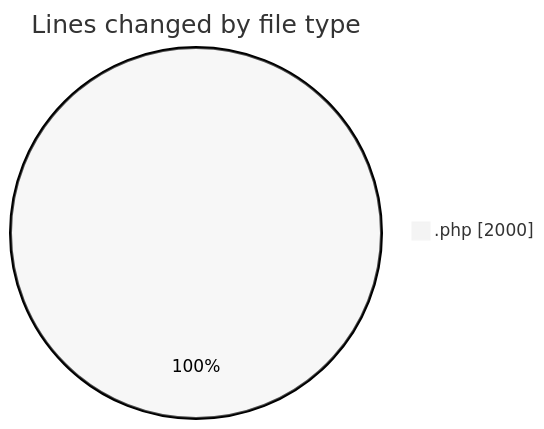
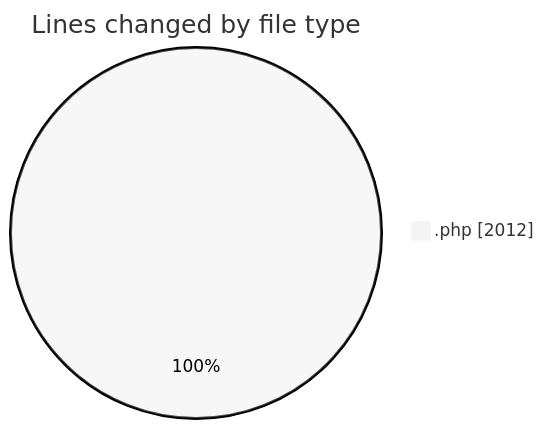
The first of 2 diagrams in 2025-10-07/untitled__workspace_/README.md (debugP/code-tracking), drawn with Mermaid (neutral theme) before and after one commit. The commit also changed other lines of this file and 1 other file, not shown here.

````diff
--- a/2025-10-07/untitled__workspace_/README.md
+++ b/2025-10-07/untitled__workspace_/README.md
@@ -21,5 +21,5 @@
 ```mermaid
 pie showData
 title Lines changed by file type
-".php" : 2000
+".php" : 2012
 ```
````
